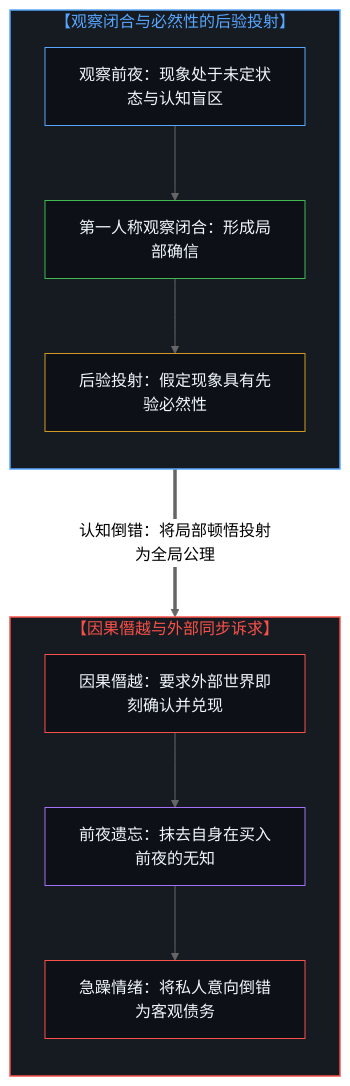
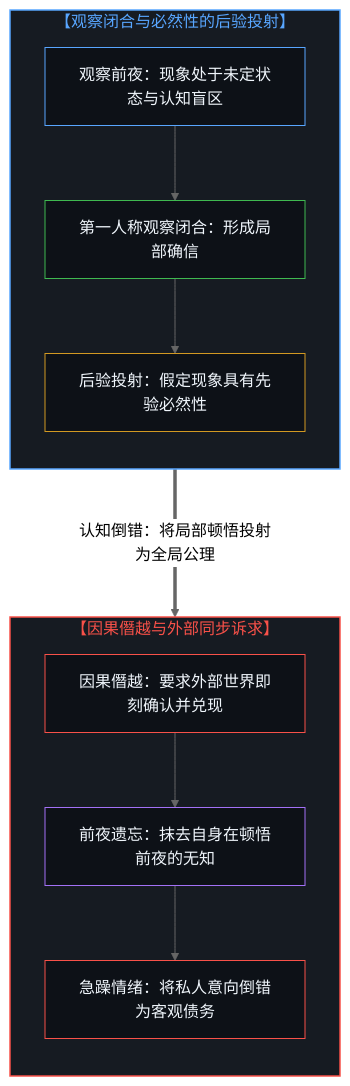
Before and after one commit to powerpig99/not-a-toe: the first of 4 diagrams in content/posts/the-reflexive-dilemma-of-unique-insight.md, drawn with Mermaid (neutral theme). The commit also changed other lines of this file and 3 other files, not shown here.

Commit message:
Refine Post #389: Tighten density with scientific discovery, nuance on coordination friction, inverse prophet mirror, and aligned flowcharts

````diff
--- a/content/posts/the-reflexive-dilemma-of-unique-insight.md
+++ b/content/posts/the-reflexive-dilemma-of-unique-insight.md
@@ -17,29 +21,29 @@
 ```mermaid
 flowchart TD
   subgraph S_POST["【观察闭合与必然性的后验投射】"]
     direction TB
     P_BEFORE["观察前夜：现象处于未定状态与认知盲区"]
     P_OBSERVE["第一人称观察闭合：形成局部确信"]
     P_PROJECT["后验投射：假定现象具有先验必然性"]
     P_BEFORE --> P_OBSERVE --> P_PROJECT
   end
 
   subgraph S_EXT["【因果僭越与外部同步诉求】"]
     direction TB
     E_DEMAND["因果僭越：要求外部世界即刻确认并兑现"]
-    E_FORGET["前夜遗忘：抹去自身在买入前夜的无知"]
+    E_FORGET["前夜遗忘：抹去自身在顿悟前夜的无知"]
     E_EXP["急躁情绪：将私人意向倒错为客观债务"]
     E_DEMAND --> E_FORGET --> E_EXP
   end
 
   P_PROJECT ===>|"认知倒错：将局部顿悟投射为全局公理"| E_DEMAND
 
   style S_POST fill:#161b22,stroke:#58a6ff,stroke-width:1.5px,color:#58a6ff
   style S_EXT fill:#161b22,stroke:#f85149,stroke-width:1.5px,color:#f85149
   style P_BEFORE fill:#0d1117,stroke:#58a6ff,stroke-width:1px,color:#f0f6fc
   style P_OBSERVE fill:#0d1117,stroke:#3fb950,stroke-width:1px,color:#f0f6fc
   style P_PROJECT fill:#0d1117,stroke:#d29922,stroke-width:1px,color:#f0f6fc
   style E_DEMAND fill:#0d1117,stroke:#f85149,stroke-width:1px,color:#f0f6fc
   style E_FORGET fill:#0d1117,stroke:#a371f7,stroke-width:1px,color:#f0f6fc
   style E_EXP fill:#0d1117,stroke:#f85149,stroke-width:1px,color:#f0f6fc
 ```
````
